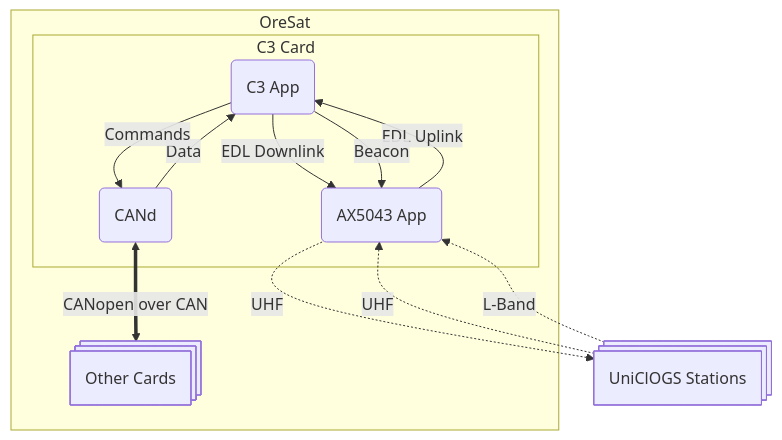
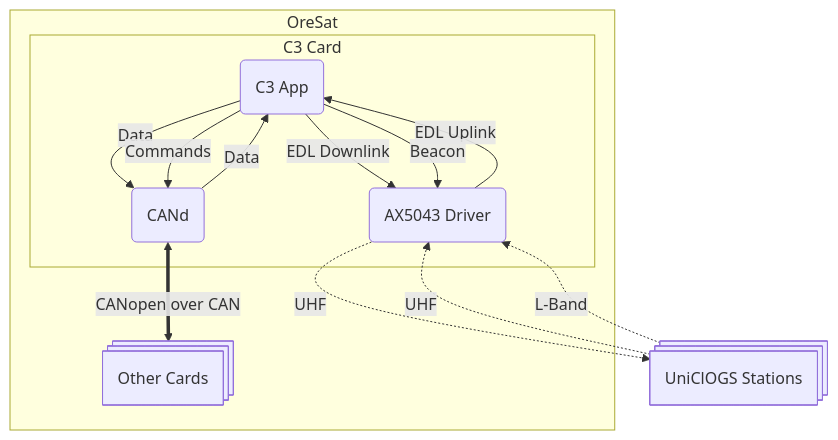
Before and after one commit to oresat/oresat-c3-software: the diagram in README.md, drawn with Mermaid. The commit also changed other lines of this file, not shown here.

````diff
--- a/README.md
+++ b/README.md
@@ -14,24 +14,25 @@
 ```mermaid
 flowchart TD
     app@{shape: rounded, label: "C3 App"}
-    ax5043@{shape: rounded, label: "AX5043 App"}
+    ax5043@{shape: rounded, label: "AX5043 Driver"}
     cand@{shape: rounded, label: "CANd"}
     cards@{shape: processes, label: "Other Cards"}
     uniclogs@{shape: processes, label: "UniClOGS Stations"}
 
     subgraph OreSat
         subgraph C3 Card
             app --> |EDL Downlink| ax5043
             ax5043 --> |EDL Uplink| app
             app --> |Beacon| ax5043
             cand --> |Data| app
+            app --> |Data| cand
             app --> |Commands| cand
         end
 
         cand <==> |CANopen over CAN| cards
     end
 
     uniclogs -.-> |UHF| ax5043
     ax5043 -.-> |UHF| uniclogs
     uniclogs -.-> |L-Band| ax5043
 ```
````
